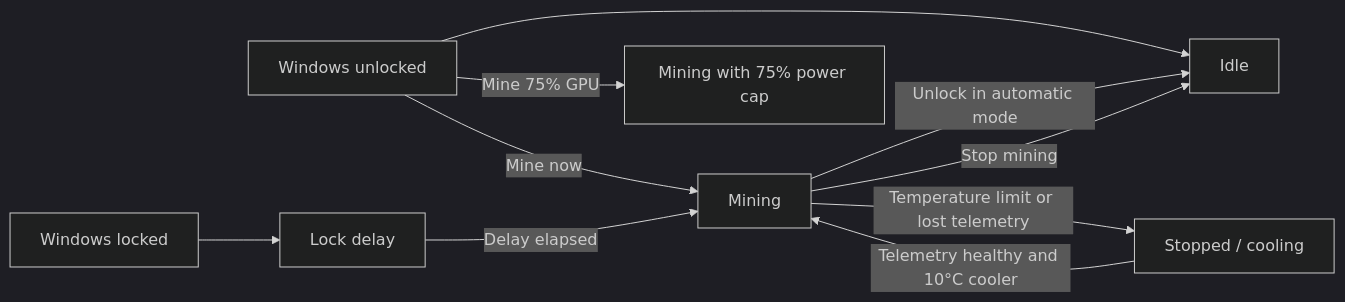
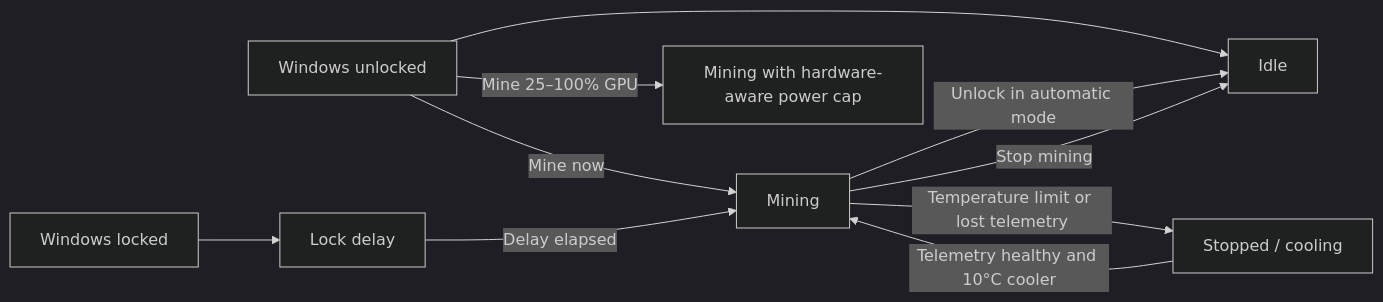
The diagram in README.md (joelfourhman/PearlPilot), drawn with Mermaid (dark theme) before and after one commit. The commit also changed other lines of this file and 2 other files, not shown here.

Commit message:
feat: add adaptive GPU power presets

````diff
--- a/README.md
+++ b/README.md
@@ -35,12 +36,12 @@
 ```mermaid
 flowchart LR
     U[Windows unlocked] --> I[Idle]
     U -->|Mine now| M[Mining]
-    U -->|Mine 75% GPU| G[Mining with 75% power cap]
+    U -->|Mine 25–100% GPU| G[Mining with hardware-aware power cap]
     L[Windows locked] --> D[Lock delay]
     D -->|Delay elapsed| M
     M -->|Unlock in automatic mode| I
     M -->|Stop mining| I
     M -->|Temperature limit or lost telemetry| C[Stopped / cooling]
     C -->|Telemetry healthy and 10°C cooler| M
 ```
````
